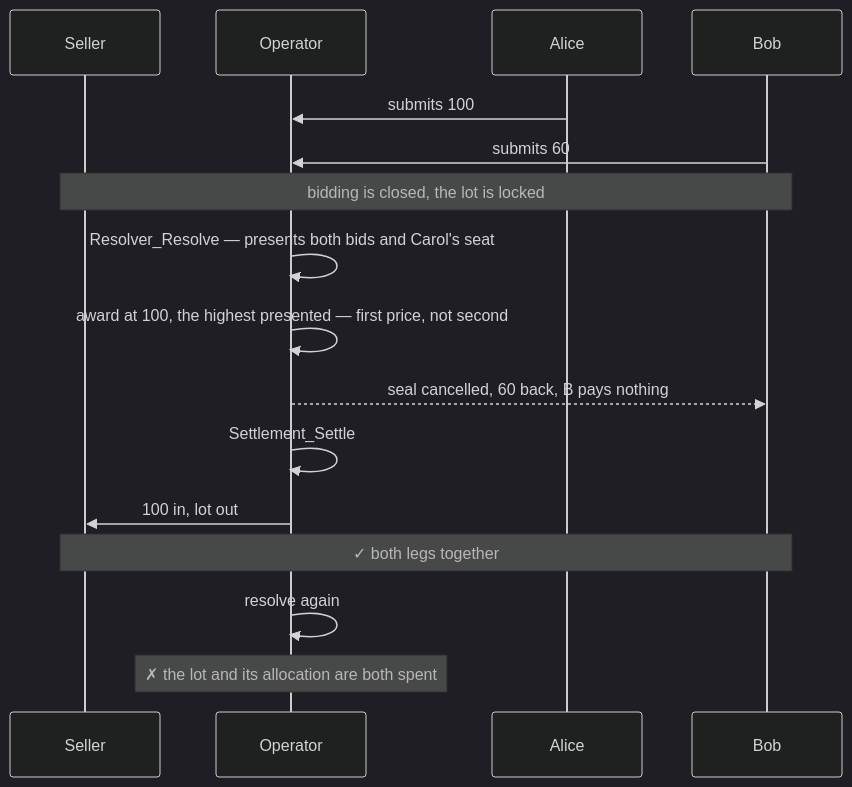
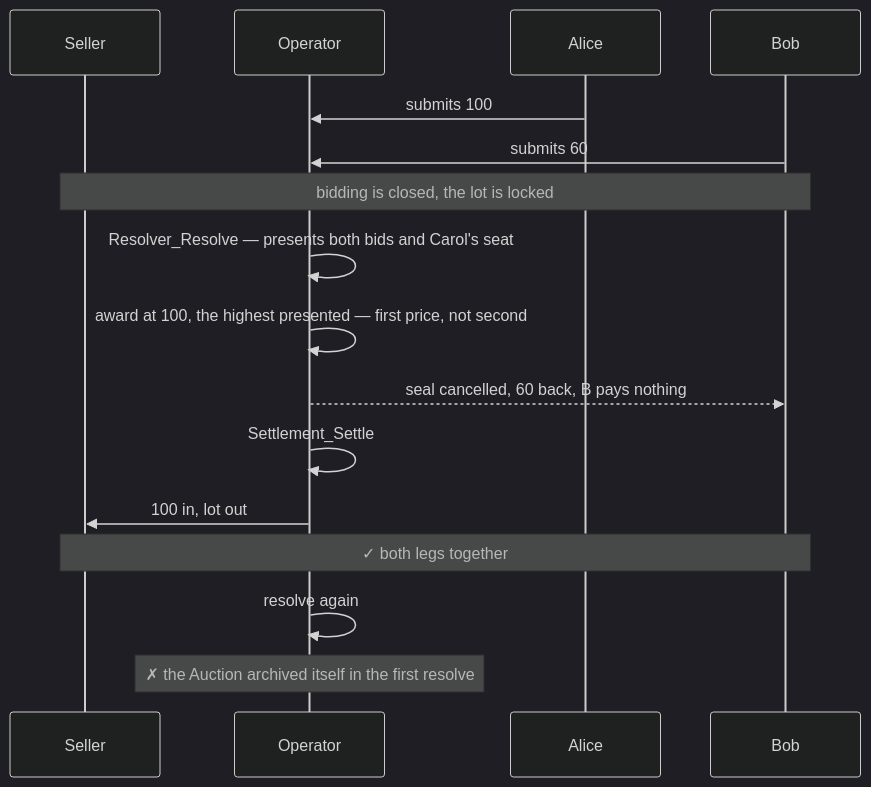
One commit to unlockitio/concordia changed the second of 5 diagrams in examples/auctions/sealed-bid-first-price/DEMOS.md. Above: the diagram before and after it, drawn with Mermaid (dark theme). The commit also changed other lines of this file and 47 other files, not shown here.

````diff
--- a/examples/auctions/sealed-bid-first-price/DEMOS.md
+++ b/examples/auctions/sealed-bid-first-price/DEMOS.md
@@ -150,22 +164,22 @@
 ```mermaid
 sequenceDiagram
     participant S as Seller
     participant O as Operator
     participant A as Alice
     participant B as Bob
 
     A->>O: submits 100
     B->>O: submits 60
     Note over S,B: bidding is closed, the lot is locked
 
     O->>O: Resolver_Resolve — presents both bids and Carol's seat
     O->>O: award at 100, the highest presented — first price, not second
     O-->>B: seal cancelled, 60 back, B pays nothing
 
     O->>O: Settlement_Settle
     O->>S: 100 in, lot out
     Note over S,B: ✓ both legs together
 
     O->>O: resolve again
-    Note over O: ✗ the lot and its allocation are both spent
+    Note over O: ✗ the Auction archived itself in the first resolve
 ```
````
